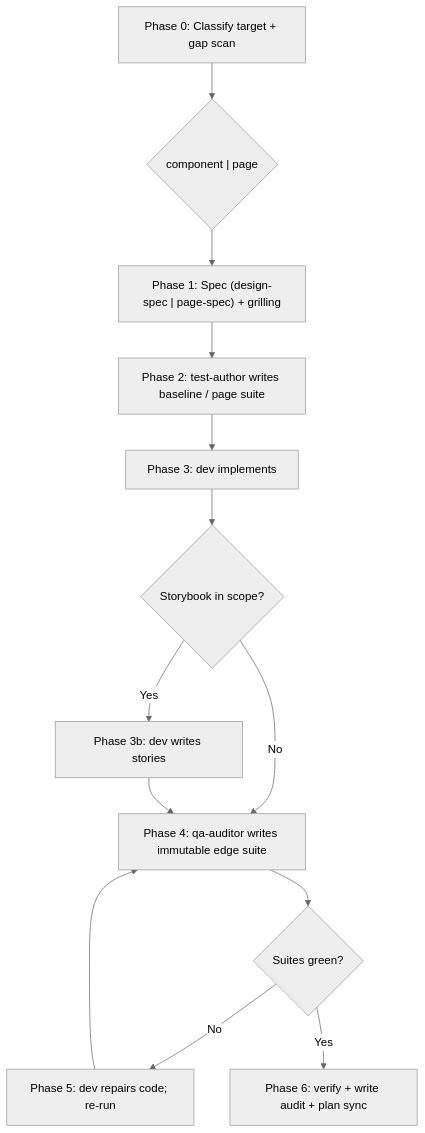
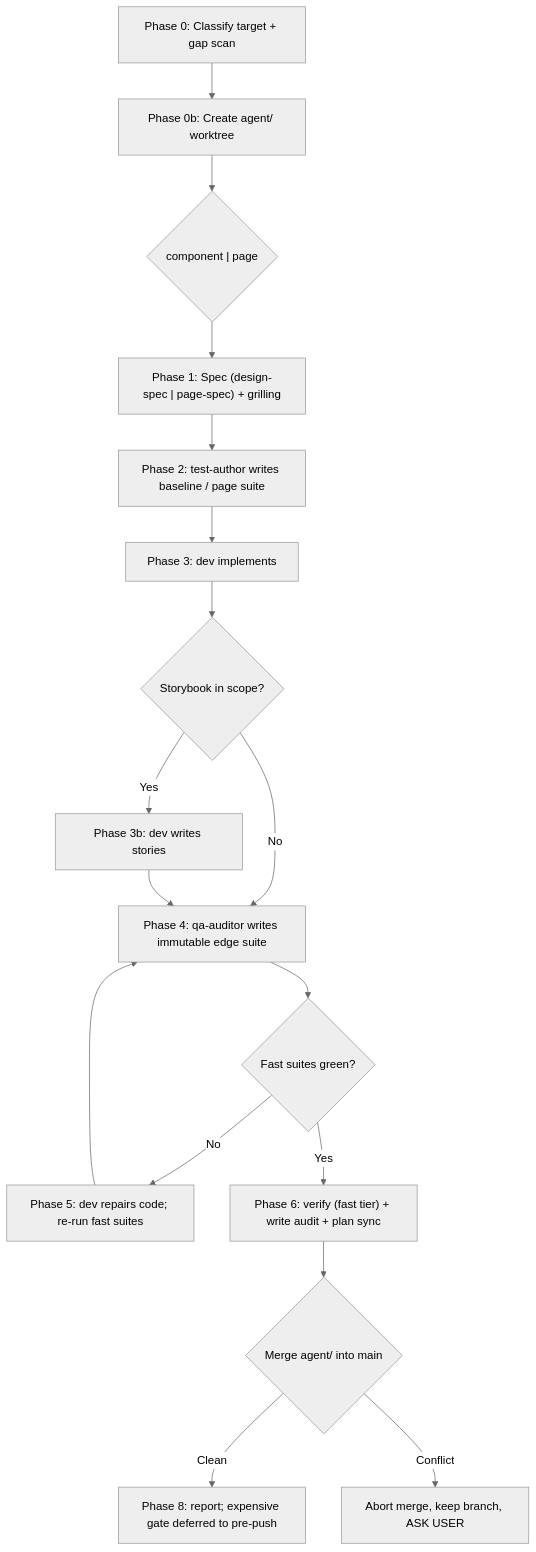
The diagram in skills/nextjs-component-create/SKILL.md (BIGboss248/skills), drawn with Mermaid (neutral theme) before and after one commit. The commit also changed other lines of this file and 41 other files, not shown here.

````diff
--- a/skills/nextjs-component-create/SKILL.md
+++ b/skills/nextjs-component-create/SKILL.md
@@ -28,15 +30,19 @@
 ```mermaid
 flowchart TD
-    P0["Phase 0: Classify target + gap scan"] --> T{"component | page"}
+    P0["Phase 0: Classify target + gap scan"] --> WT["Phase 0b: Create agent/<slug> worktree"]
+    WT --> T{"component | page"}
     T --> P1["Phase 1: Spec (design-spec | page-spec) + grilling"]
     P1 --> P2["Phase 2: test-author writes baseline / page suite"]
     P2 --> P3["Phase 3: dev implements"]
     P3 --> P3B{"Storybook in scope?"}
     P3B -->|Yes| P3S["Phase 3b: dev writes stories"]
     P3B -->|No| P4
     P3S --> P4["Phase 4: qa-auditor writes immutable edge suite"]
-    P4 --> P5{"Suites green?"}
-    P5 -->|No| P5R["Phase 5: dev repairs code; re-run"]
+    P4 --> P5{"Fast suites green?"}
+    P5 -->|No| P5R["Phase 5: dev repairs code; re-run fast suites"]
     P5R --> P4
-    P5 -->|Yes| P6["Phase 6: verify + write audit + plan sync"]
+    P5 -->|Yes| P6["Phase 6: verify (fast tier) + write audit + plan sync"]
+    P6 --> P7{"Merge agent/<slug> into main"}
+    P7 -->|Clean| P8["Phase 8: report; expensive gate deferred to pre-push"]
+    P7 -->|Conflict| PX["Abort merge, keep branch, ASK USER"]
 ```
````
